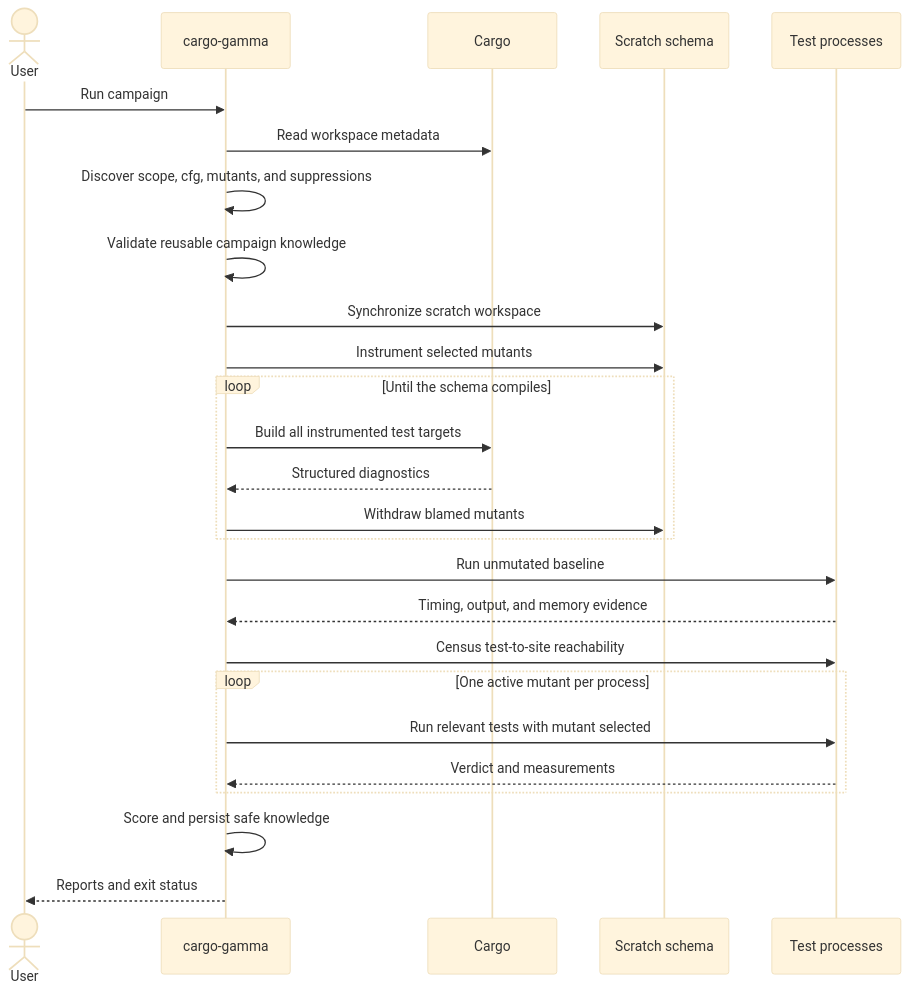
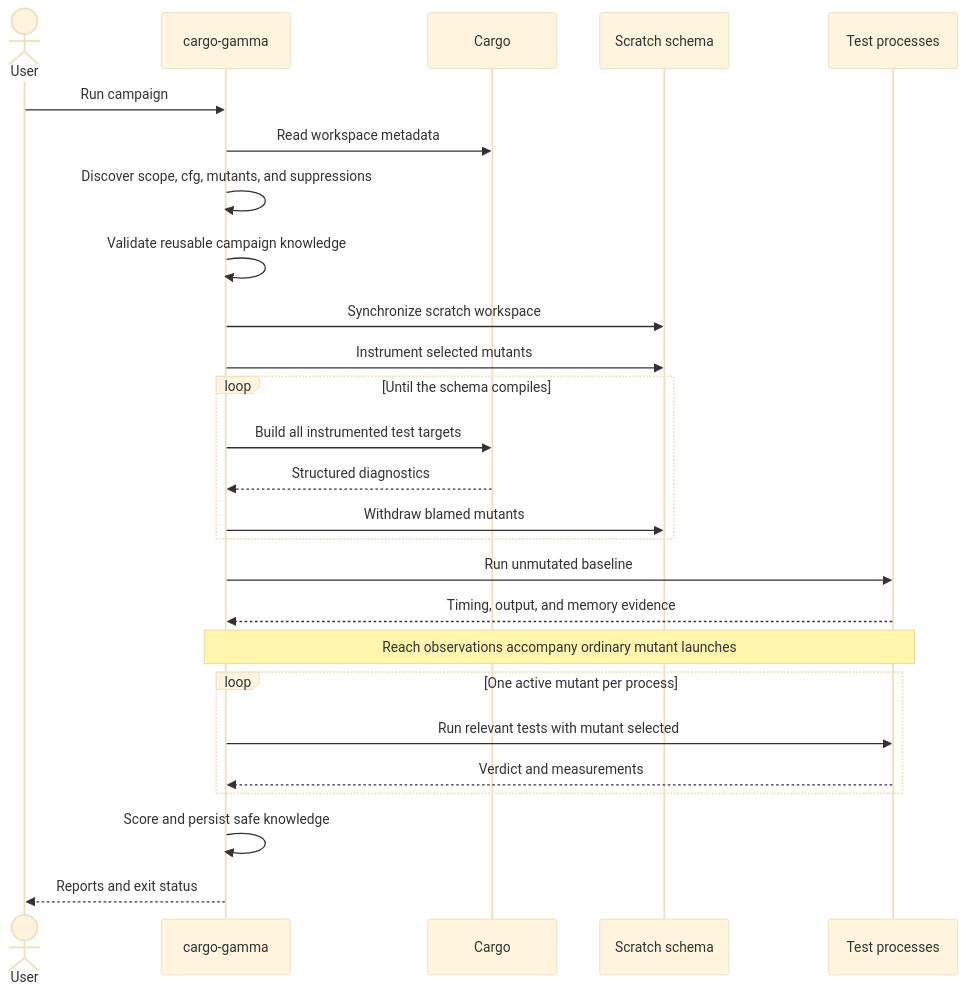
Before and after one commit to chinayangxiaowei/ox-tools: the third of 3 diagrams in crates/cargo-gamma/docs/DESIGN.md, drawn with Mermaid (base theme). The commit also changed other lines of this file and 287 other files, not shown here.

````diff
--- a/crates/cargo-gamma/docs/DESIGN.md
+++ b/crates/cargo-gamma/docs/DESIGN.md
@@ -156,33 +156,33 @@
 ```mermaid
 sequenceDiagram
     actor User
     participant Gamma as cargo-gamma
     participant Cargo
     participant Schema as Scratch schema
     participant Tests as Test processes
 
     User->>Gamma: Run campaign
     Gamma->>Cargo: Read workspace metadata
     Gamma->>Gamma: Discover scope, cfg, mutants, and suppressions
     Gamma->>Gamma: Validate reusable campaign knowledge
     Gamma->>Schema: Synchronize scratch workspace
     Gamma->>Schema: Instrument selected mutants
 
     loop Until the schema compiles
         Gamma->>Cargo: Build all instrumented test targets
         Cargo-->>Gamma: Structured diagnostics
         Gamma->>Schema: Withdraw blamed mutants
     end
 
     Gamma->>Tests: Run unmutated baseline
     Tests-->>Gamma: Timing, output, and memory evidence
-    Gamma->>Tests: Census test-to-site reachability
+    Note over Gamma,Tests: Reach observations accompany ordinary mutant launches
 
     loop One active mutant per process
         Gamma->>Tests: Run relevant tests with mutant selected
         Tests-->>Gamma: Verdict and measurements
     end
 
     Gamma->>Gamma: Score and persist safe knowledge
     Gamma-->>User: Reports and exit status
 ```
````
